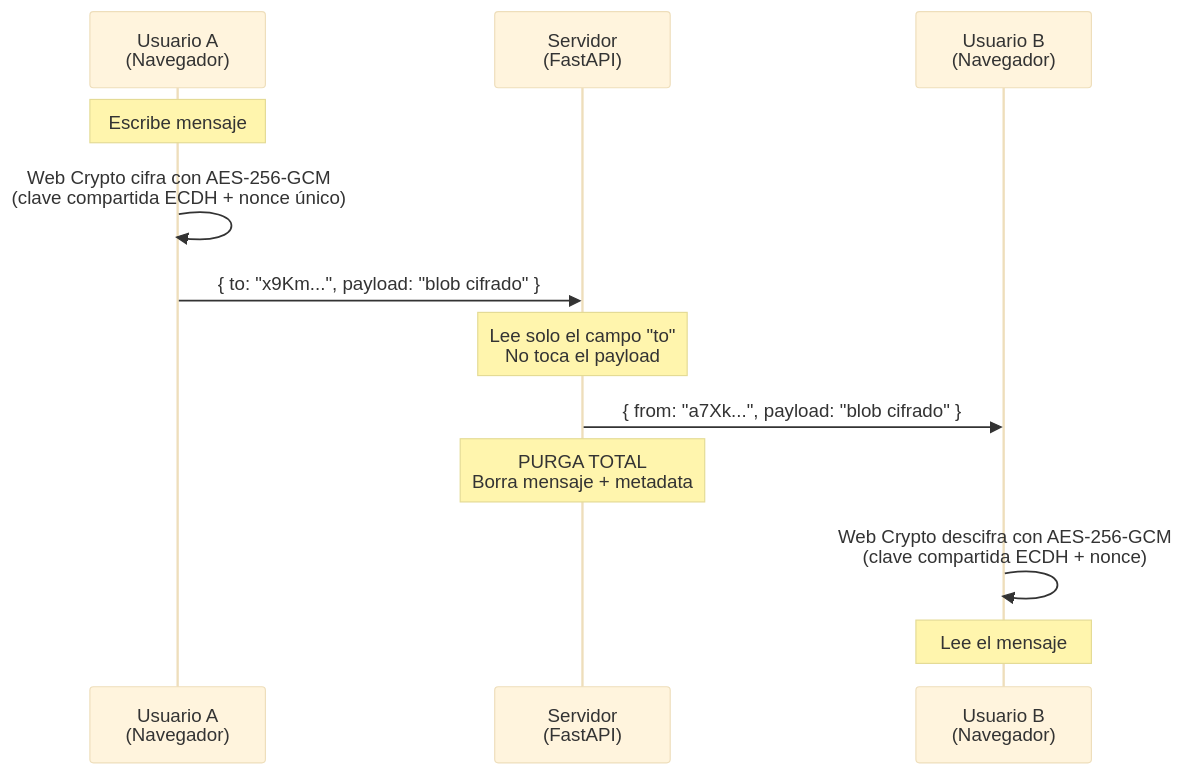
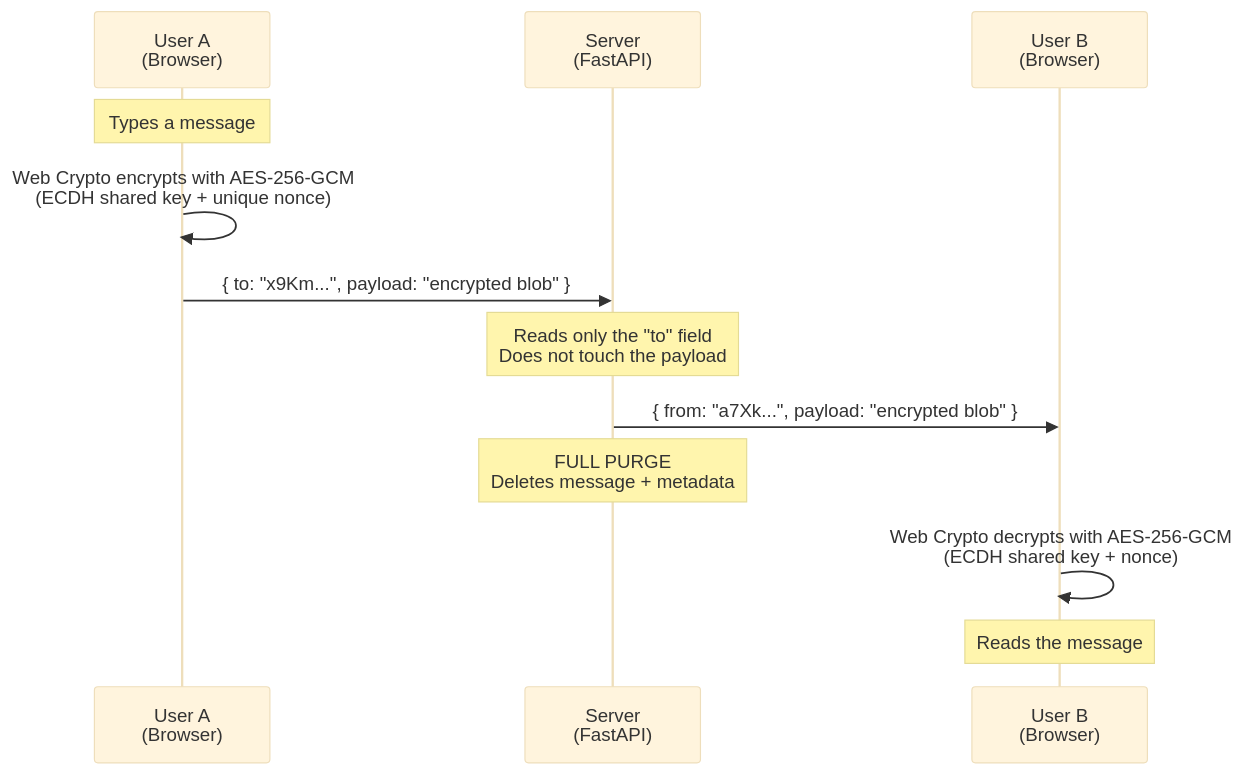
Before and after one commit to Martin08ABM/ghostchat-messenger: the second of 4 diagrams in README.md, drawn with Mermaid (base theme). The commit also changed other lines of this file and 6 other files, not shown here.

````diff
--- a/README.md
+++ b/README.md
@@ -92,22 +92,22 @@
 ```mermaid
 sequenceDiagram
-    participant A as Usuario A<br/>(Navegador)
-    participant S as Servidor<br/>(FastAPI)
-    participant B as Usuario B<br/>(Navegador)
+    participant A as User A<br/>(Browser)
+    participant S as Server<br/>(FastAPI)
+    participant B as User B<br/>(Browser)
 
-    Note over A: Escribe mensaje
+    Note over A: Types a message
 
-    A->>A: Web Crypto cifra con AES-256-GCM<br/>(clave compartida ECDH + nonce único)
+    A->>A: Web Crypto encrypts with AES-256-GCM<br/>(ECDH shared key + unique nonce)
 
-    A->>S: { to: "x9Km...", payload: "blob cifrado" }
+    A->>S: { to: "x9Km...", payload: "encrypted blob" }
 
-    Note over S: Lee solo el campo "to"<br/>No toca el payload
+    Note over S: Reads only the "to" field<br/>Does not touch the payload
 
-    S->>B: { from: "a7Xk...", payload: "blob cifrado" }
+    S->>B: { from: "a7Xk...", payload: "encrypted blob" }
 
-    Note over S: PURGA TOTAL<br/>Borra mensaje + metadata
+    Note over S: FULL PURGE<br/>Deletes message + metadata
 
-    B->>B: Web Crypto descifra con AES-256-GCM<br/>(clave compartida ECDH + nonce)
+    B->>B: Web Crypto decrypts with AES-256-GCM<br/>(ECDH shared key + nonce)
 
-    Note over B: Lee el mensaje
+    Note over B: Reads the message
 ```
````
